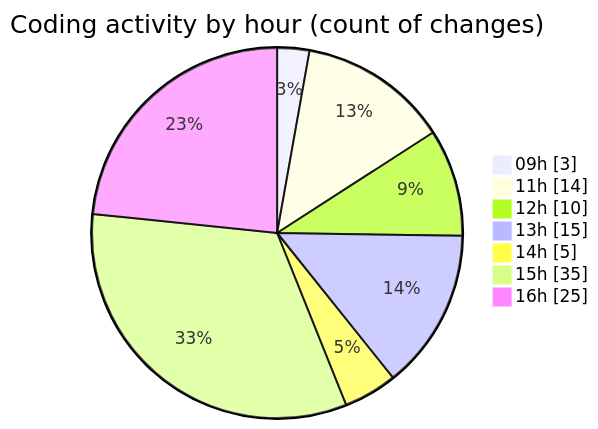
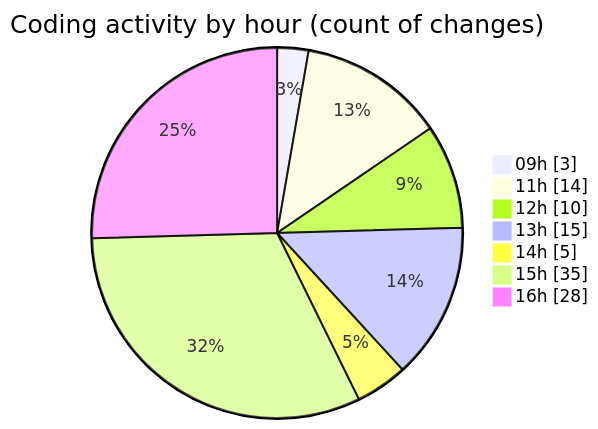
Before and after one commit to momahboobian/code-tracking: the second of 2 diagrams in 2026-05-14/cda/README.md, drawn with Mermaid. The commit also changed other lines of this file and 1 other file, not shown here.

````diff
--- a/2026-05-14/cda/README.md
+++ b/2026-05-14/cda/README.md
@@ -50,11 +52,11 @@
 ```mermaid
 pie showData
 title Coding activity by hour (count of changes)
 "09h" : 3
 "11h" : 14
 "12h" : 10
 "13h" : 15
 "14h" : 5
 "15h" : 35
-"16h" : 25
+"16h" : 28
 ```
````
